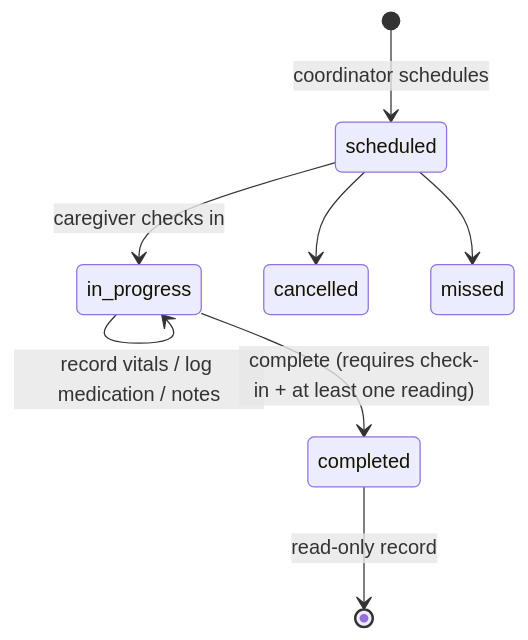
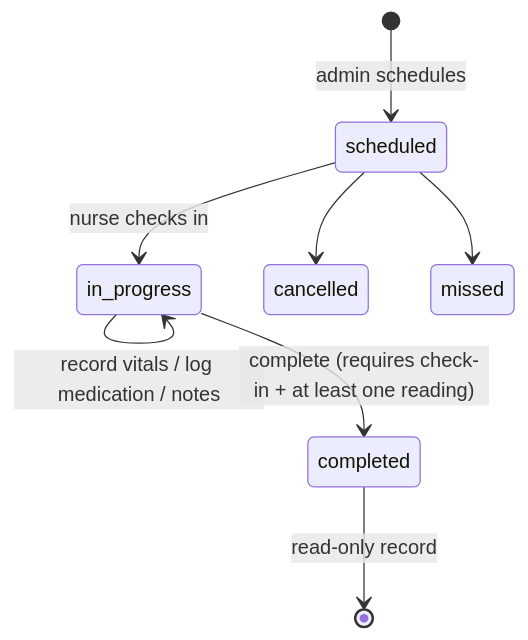
Before and after one commit to SaranAdhith/DoorDoctor: the fourth of 6 diagrams in DESIGN.md, drawn with Mermaid. The commit also changed other lines of this file and 55 other files, not shown here.

First line of the commit message:
refactor: rename caregiver→nurse and coordinator→admin across the platform

````diff
--- a/DESIGN.md
+++ b/DESIGN.md
@@ -298,10 +298,10 @@
 ```mermaid
 stateDiagram-v2
-    [*] --> scheduled: coordinator schedules
-    scheduled --> in_progress: caregiver checks in
+    [*] --> scheduled: admin schedules
+    scheduled --> in_progress: nurse checks in
     in_progress --> in_progress: record vitals / log medication / notes
     in_progress --> completed: complete (requires check-in + at least one reading)
     scheduled --> cancelled
     scheduled --> missed
     completed --> [*]: read-only record
 ```
````
